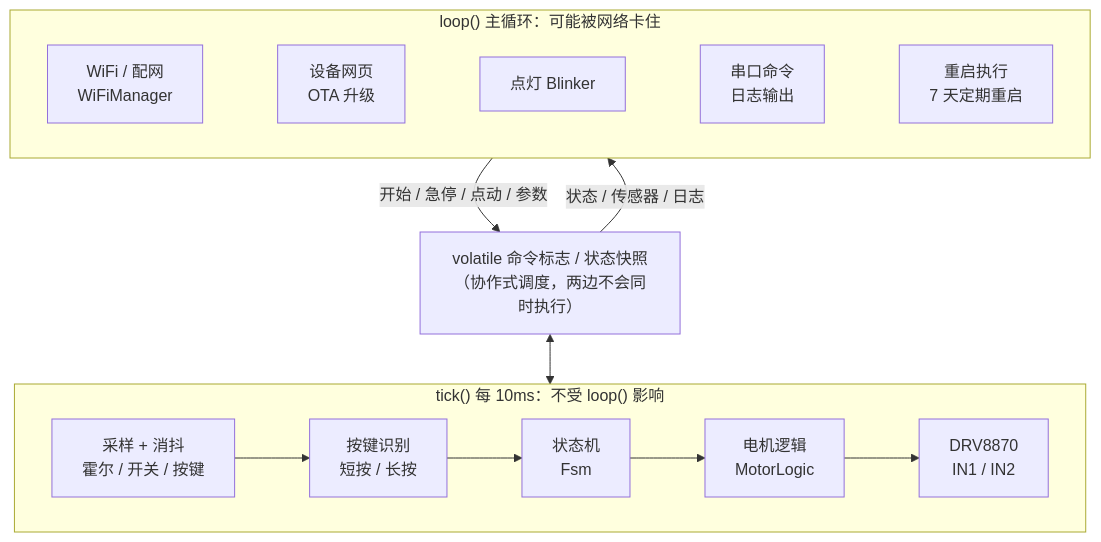
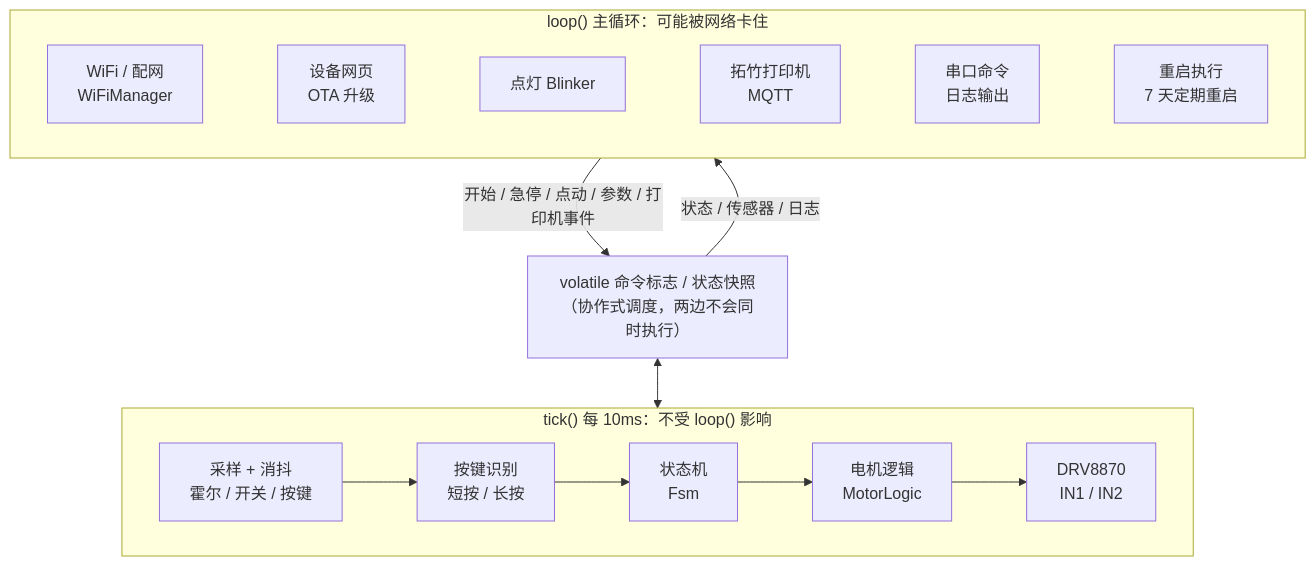
One commit to pzgz/semi-ams changed the first of 4 diagrams in docs/SEMI-AMS固件文档.md. Above: the diagram before and after it, drawn with Mermaid. The commit also changed other lines of this file and 23 other files, not shown here.

````diff
--- a/docs/SEMI-AMS固件文档.md
+++ b/docs/SEMI-AMS固件文档.md
@@ -150,15 +200,15 @@
 ```mermaid
 flowchart TB
   subgraph L["loop() 主循环：可能被网络卡住"]
     direction LR
-    G["WiFi / 配网<br/>WiFiManager"] ~~~ H["设备网页<br/>OTA 升级"] ~~~ I["点灯 Blinker"] ~~~ J["串口命令<br/>日志输出"] ~~~ K["重启执行<br/>7 天定期重启"]
+    G["WiFi / 配网<br/>WiFiManager"] ~~~ H["设备网页<br/>OTA 升级"] ~~~ I["点灯 Blinker"] ~~~ P["拓竹打印机<br/>MQTT"] ~~~ J["串口命令<br/>日志输出"] ~~~ K["重启执行<br/>7 天定期重启"]
   end
   Q["volatile 命令标志 / 状态快照<br/>（协作式调度，两边不会同时执行）"]
   subgraph T["tick() 每 10ms：不受 loop() 影响"]
     direction LR
     A["采样 + 消抖<br/>霍尔 / 开关 / 按键"] --> B["按键识别<br/>短按 / 长按"] --> C["状态机<br/>Fsm"] --> D["电机逻辑<br/>MotorLogic"] --> E["DRV8870<br/>IN1 / IN2"]
   end
-  L -- "开始 / 急停 / 点动 / 参数" --> Q
+  L -- "开始 / 急停 / 点动 / 参数 / 打印机事件" --> Q
   Q -- "状态 / 传感器 / 日志" --> L
   Q <--> T
 ```
````
